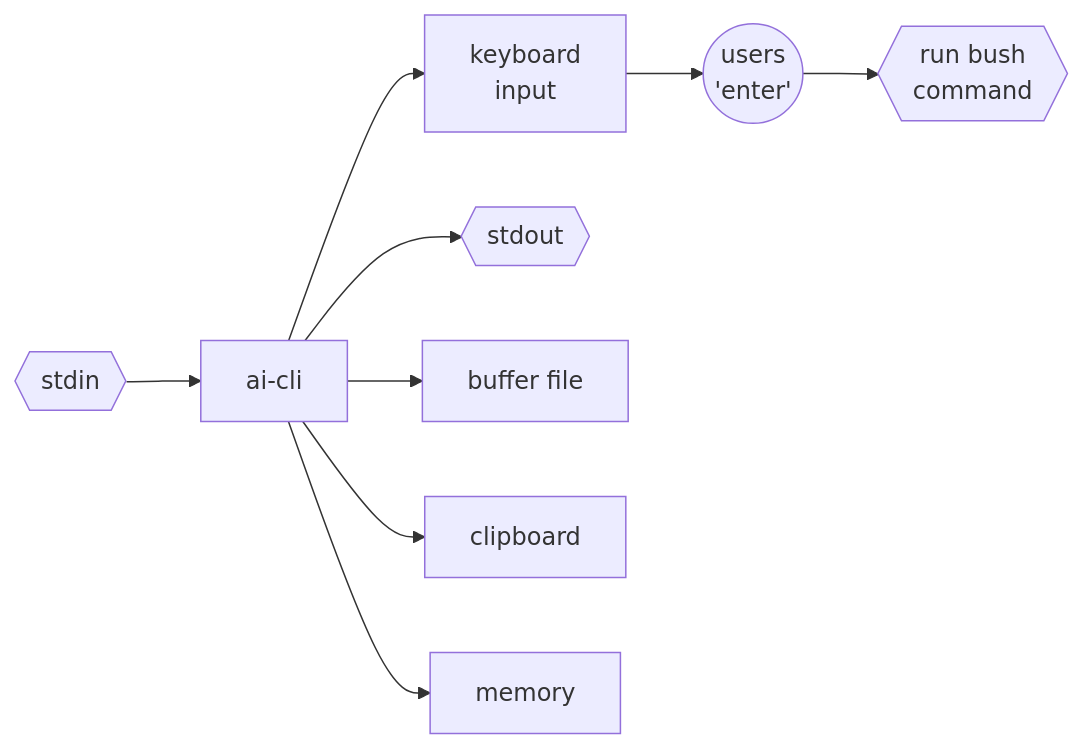
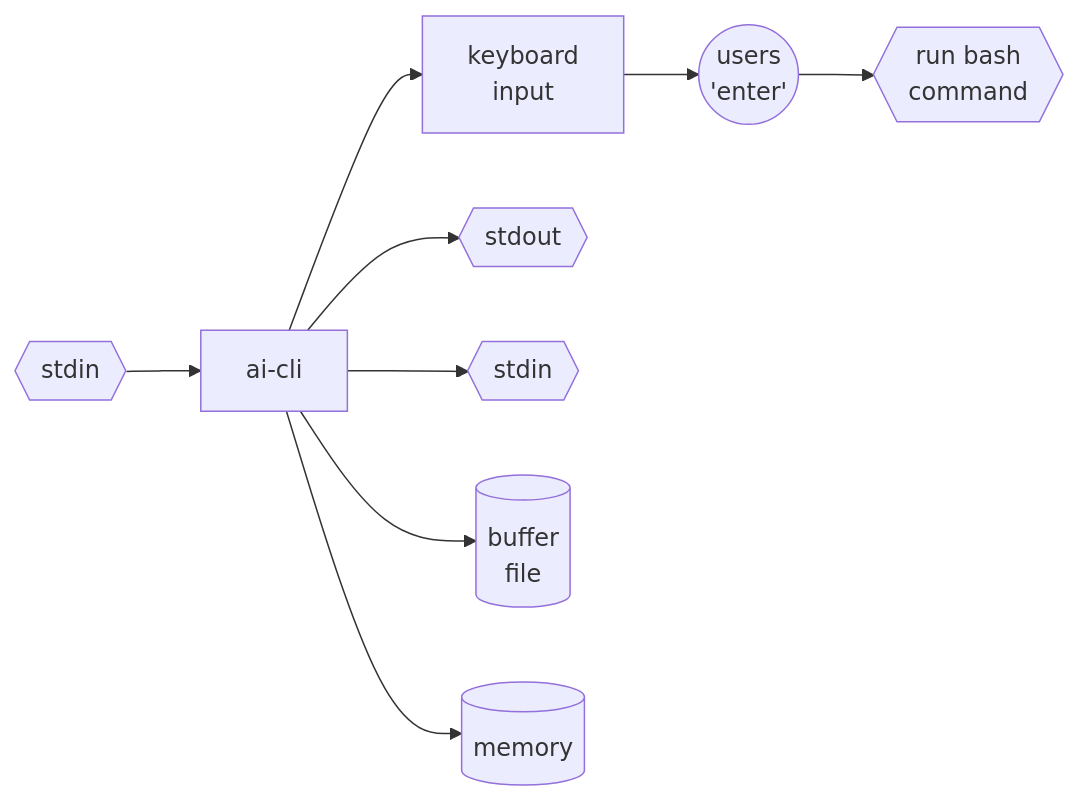
Before and after one commit to johnthesmith/ai-cli: the first of 2 diagrams in README.md, drawn with Mermaid.

Commit message:
Auto commit

````diff
--- a/README.md
+++ b/README.md
@@ -30,16 +30,15 @@
 ```mermaid
 flowchart LR    
     keyboard[ keyboard \n input ]
     stdout{{stdout}}
     stdin{{stdin}}
-    buffer[buffer file] 
-    clipboard
-    memory
-    ai[ai-cli]
-    bash{{ run bush \n command}}
-
+    clipboard{{stdin}}
+    buffer[(buffer \n file)] 
+    memory[(memory)]
+    ai[ai-cli] 
+    bash{{run bash \n command}}
 
     user((users \n 'enter'))
     keyboard --> user --> bash
     stdin --> ai --> keyboard & stdout & memory & buffer & clipboard
 ```
````
